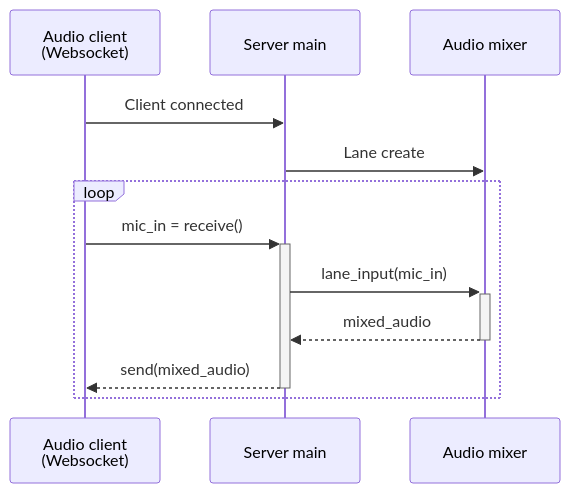
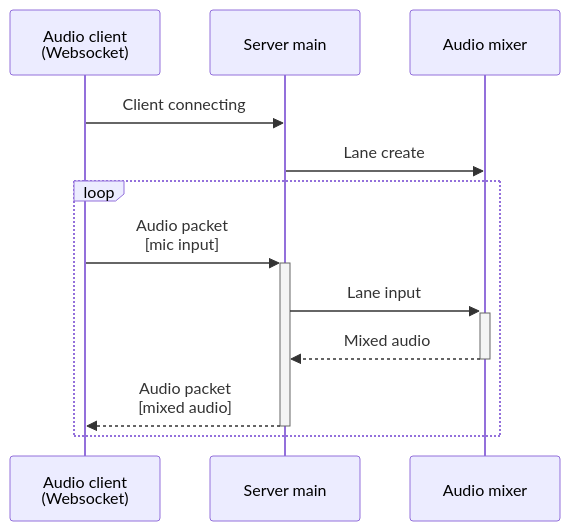
Before and after one commit to aKuad/web-intercom: the first of 2 diagrams in designs/server-sequence.md, drawn with Mermaid. The commit also changed other lines of this file, not shown here.

Commit message:
Mod: `server-sequence.md` Websocket communication describe with packet name

````diff
--- a/designs/server-sequence.md
+++ b/designs/server-sequence.md
@@ -5,16 +5,16 @@
 ```mermaid
 sequenceDiagram
   participant WSA as Audio client<br>(Websocket)
   participant S as Server main
   participant AM as Audio mixer
 
-  WSA->>S: Client connected
+  WSA->>S: Client connecting
   S->>AM: Lane create
 
   loop
-    WSA->>+S: mic_in = receive()
-    S->>+AM: lane_input(mic_in)
-    AM-->>-S: mixed_audio
-    S-->>-WSA: send(mixed_audio)
+    WSA->>+S: Audio packet<br>[mic input]
+    S->>+AM: Lane input
+    AM-->>-S: Mixed audio
+    S-->>-WSA: Audio packet<br>[mixed audio]
   end
 ```
````
